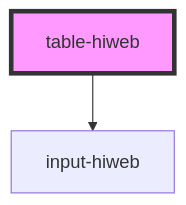
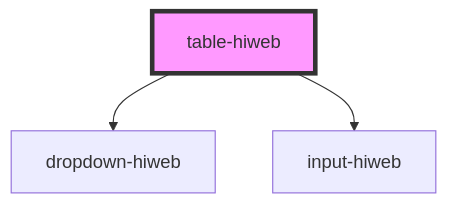
Before and after one commit to ansariymahdi/design-system-hiweb: the diagram in src/components/table-hiweb/readme.md, drawn with Mermaid. The commit also changed other lines of this file and 44 other files, not shown here.

Commit message:
add z-index 999 for dropdown-hiweb

````diff
--- a/src/components/table-hiweb/readme.md
+++ b/src/components/table-hiweb/readme.md
@@ -42,5 +43,6 @@
 ```mermaid
 graph TD;
+  table-hiweb --> dropdown-hiweb
   table-hiweb --> input-hiweb
   style table-hiweb fill:#f9f,stroke:#333,stroke-width:4px
 ```
````
